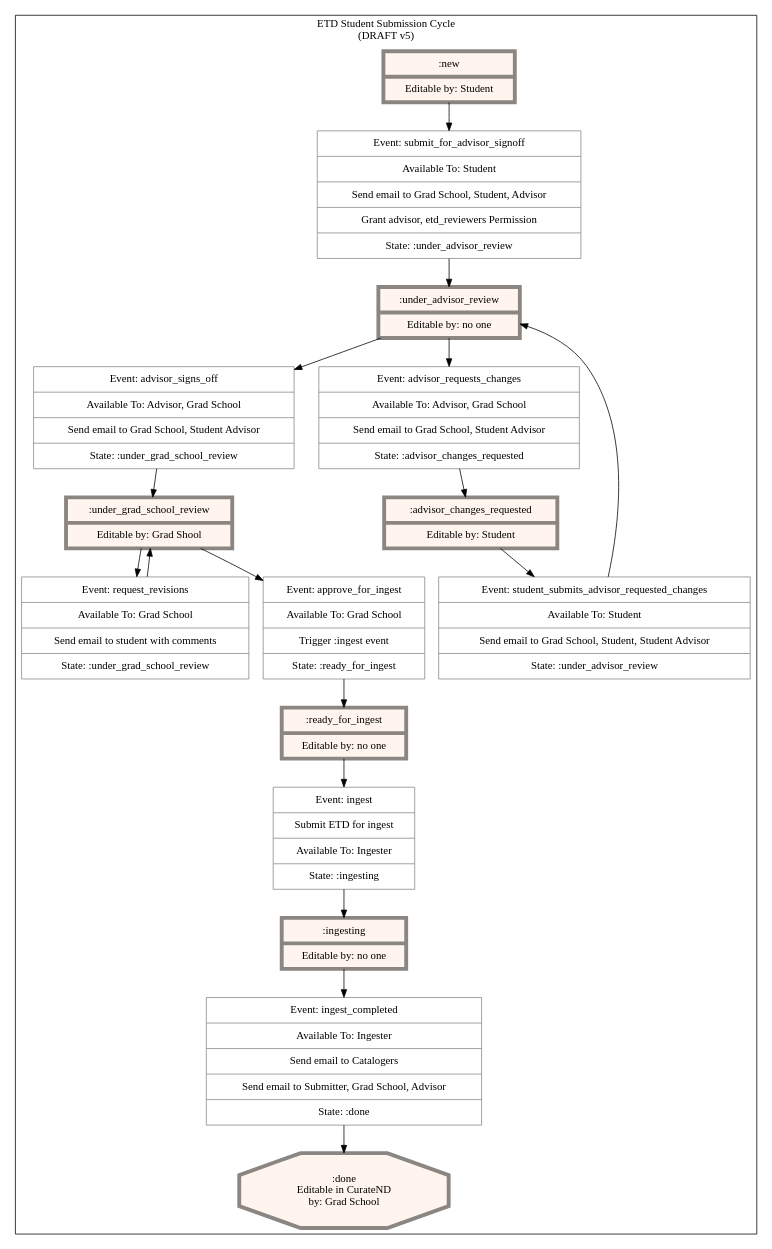
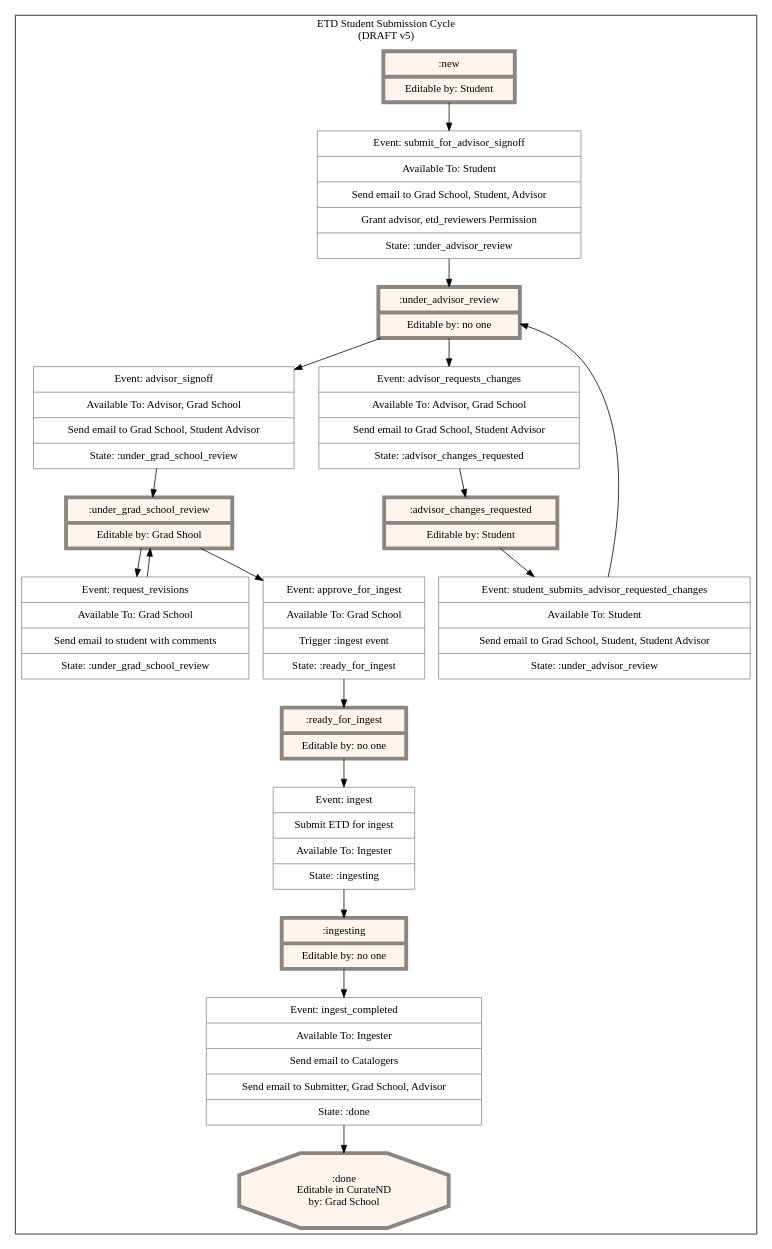
The diagram in artifacts/etd-submission-state-machine.dot (scholarworks/sipity), drawn with Graphviz before and after one commit. The commit also changed 2 other files, not shown here.

```diff
--- a/artifacts/etd-submission-state-machine.dot
+++ b/artifacts/etd-submission-state-machine.dot
@@ -1,46 +1,46 @@
 digraph "G" {
     compound=true;
     node[color="grey15" margin="0.15, 0.125"];
 
     subgraph cluster_0 {
         label="ETD Student Submission Cycle\n(DRAFT v5)"
         node[style=filled fillcolor=white color="seashell4"]
 
         # States
         subgraph 0 {
             label="States";
             node[shape="record" fillcolor="seashell1" penwidth=5]
             new [label="{ :new | Editable by: Student }"]
             under_advisor_review [label="{ :under_advisor_review | Editable by: no one }"]
             advisor_changes_requested [label="{ :advisor_changes_requested | Editable by: Student }"]
             under_grad_school_review[label="{ :under_grad_school_review | Editable by: Grad Shool }"]
             ready_for_ingest[label="{ :ready_for_ingest | Editable by: no one }"]
             ingesting[label="{ :ingesting | Editable by: no one }"]
             done[shape="octagon" label=":done\nEditable in CurateND\nby: Grad School"]
         }
 
         subgraph 1 {
             label="Events"
             node[shape="record" shape=record penwidth=1]
             submit_for_advisor_signoff[label="{ Event: submit_for_advisor_signoff | Available To: Student | Send email to Grad School, Student, Advisor | Grant advisor, etd_reviewers Permission | State: :under_advisor_review }"]
-            advisor_signs_off[label="{ Event: advisor_signs_off | Available To: Advisor, Grad School |Send email to Grad School, Student Advisor | State: :under_grad_school_review }"]
+            advisor_signoff[label="{ Event: advisor_signoff | Available To: Advisor, Grad School |Send email to Grad School, Student Advisor | State: :under_grad_school_review }"]
             advisor_requests_changes[label="{ Event: advisor_requests_changes | Available To: Advisor, Grad School | Send email to Grad School, Student Advisor | State: :advisor_changes_requested }"]
             student_submits_advisor_requested_changes[label="{ Event: student_submits_advisor_requested_changes | Available To: Student | Send email to Grad School, Student, Student Advisor | State: :under_advisor_review }"]
             request_revisions[label="{ Event: request_revisions | Available To: Grad School | Send email to student with comments | State: :under_grad_school_review }"]
             approve_for_ingest[label="{ Event: approve_for_ingest | Available To: Grad School | Trigger :ingest event | State: :ready_for_ingest }"]
             ingest[label="{ Event: ingest | Submit ETD for ingest | Available To: Ingester | State: :ingesting }"]
             ingest_completed[label="{ Event: ingest_completed | Available To: Ingester | Send email to Catalogers | Send email to Submitter, Grad School, Advisor | State: :done }"]
         }
 
         # State -> Event -> State graph
         new -> submit_for_advisor_signoff -> under_advisor_review
-        under_advisor_review -> advisor_signs_off -> under_grad_school_review
+        under_advisor_review -> advisor_signoff -> under_grad_school_review
         under_advisor_review -> advisor_requests_changes -> advisor_changes_requested
         advisor_changes_requested -> student_submits_advisor_requested_changes -> under_advisor_review
         under_grad_school_review -> request_revisions -> under_grad_school_review
         under_grad_school_review -> approve_for_ingest -> ready_for_ingest
         ready_for_ingest -> ingest -> ingesting
         ingesting -> ingest_completed -> done
     }
 
 }
```
